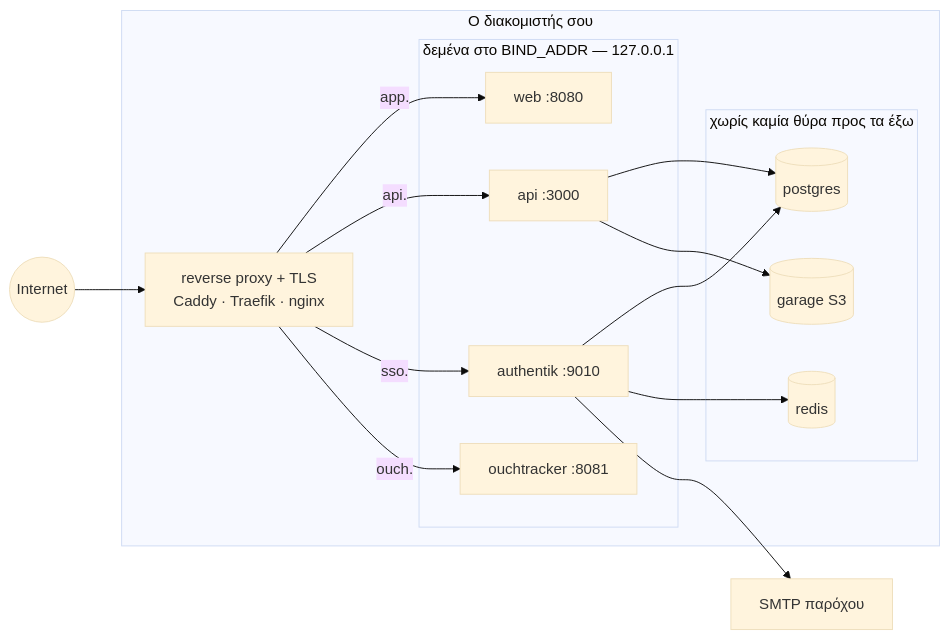
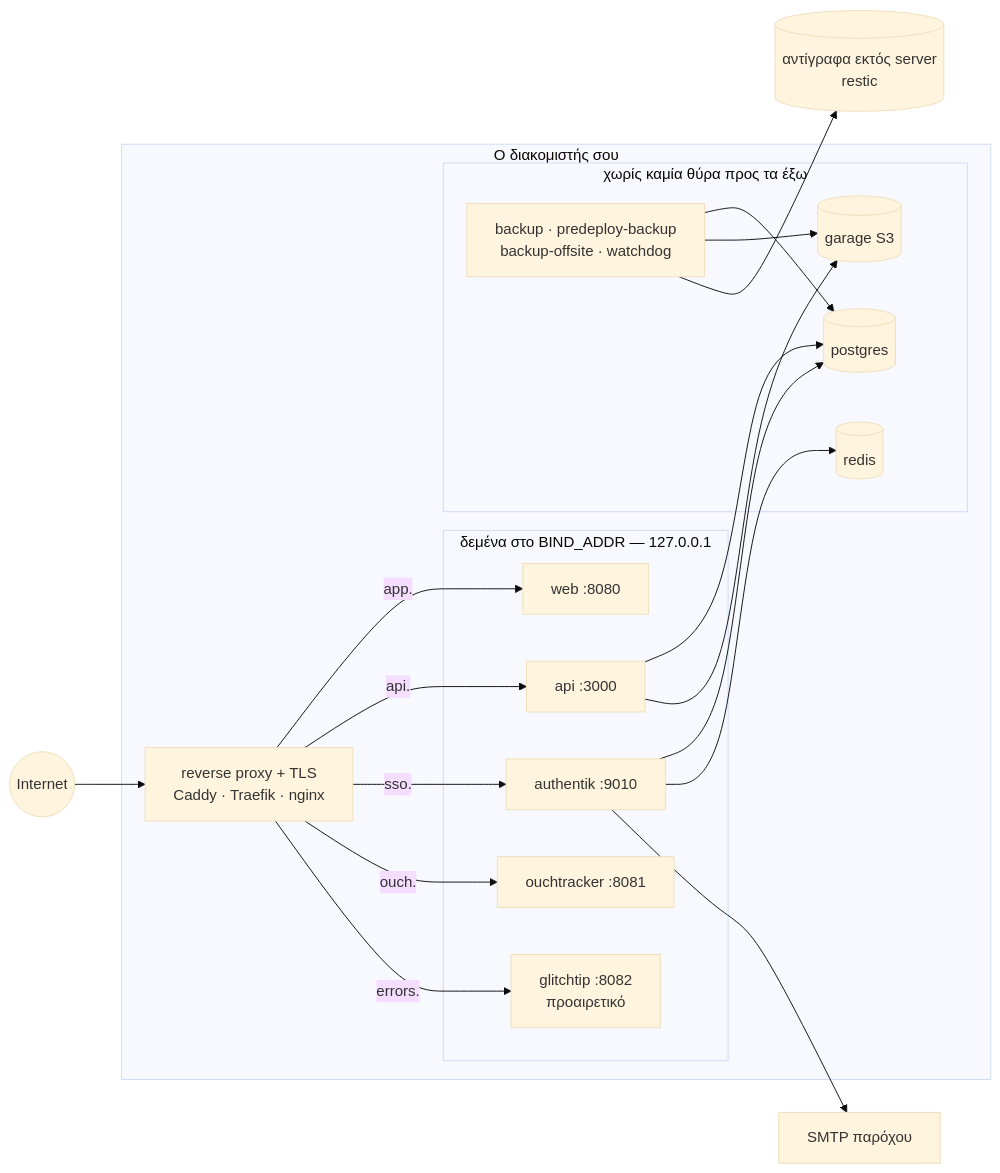
Before and after one commit to athamour1/Trifylli: the fifth of 5 diagrams in README.md, drawn with Mermaid (base theme). The commit also changed other lines of this file and 2 other files, not shown here.

````diff
--- a/README.md
+++ b/README.md
@@ -636,30 +637,37 @@
 ```mermaid
 flowchart LR
     net(("Internet"))
     subgraph host["Ο διακομιστής σου"]
         proxy["reverse proxy + TLS<br/>Caddy · Traefik · nginx"]
         subgraph bind["δεμένα στο BIND_ADDR — 127.0.0.1"]
             web["web :8080"]
             api["api :3000"]
             ak["authentik :9010"]
             otf["ouchtracker :8081"]
+            gt["glitchtip :8082<br/>προαιρετικό"]
         end
         subgraph closed["χωρίς καμία θύρα προς τα έξω"]
             pg[("postgres")]
             rd[("redis")]
             s3[("garage S3")]
+            jobs["backup · predeploy-backup<br/>backup-offsite · watchdog"]
         end
     end
     smtp["SMTP παρόχου"]
+    offsite[("αντίγραφα εκτός server<br/>restic")]
 
     net --> proxy
     proxy -->|"app."| web
     proxy -->|"api."| api
     proxy -->|"sso."| ak
     proxy -->|"ouch."| otf
+    proxy -->|"errors."| gt
     api --> pg
     api --> s3
     ak --> pg
     ak --> rd
     ak --> smtp
+    jobs --> pg
+    jobs --> s3
+    jobs --> offsite
 ```
````
